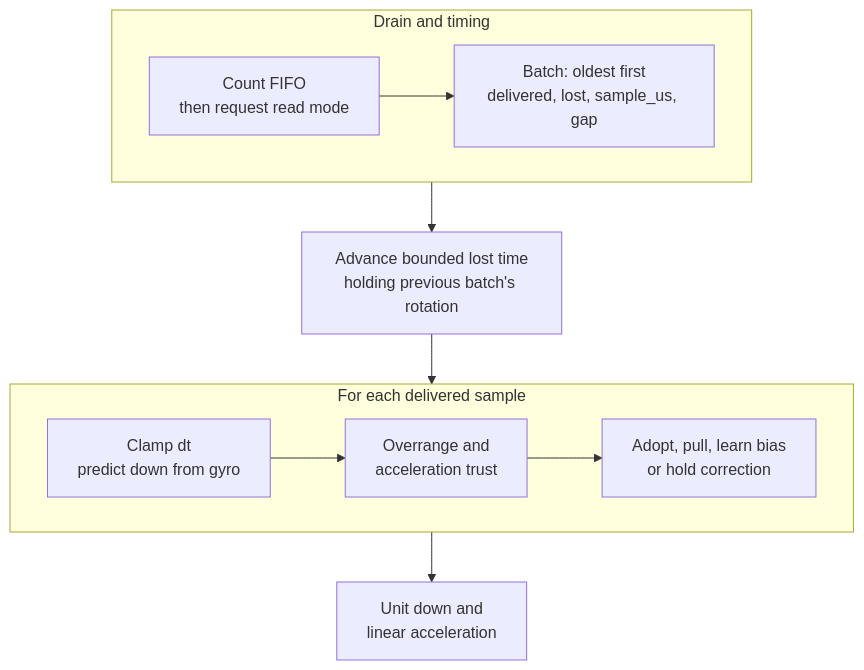
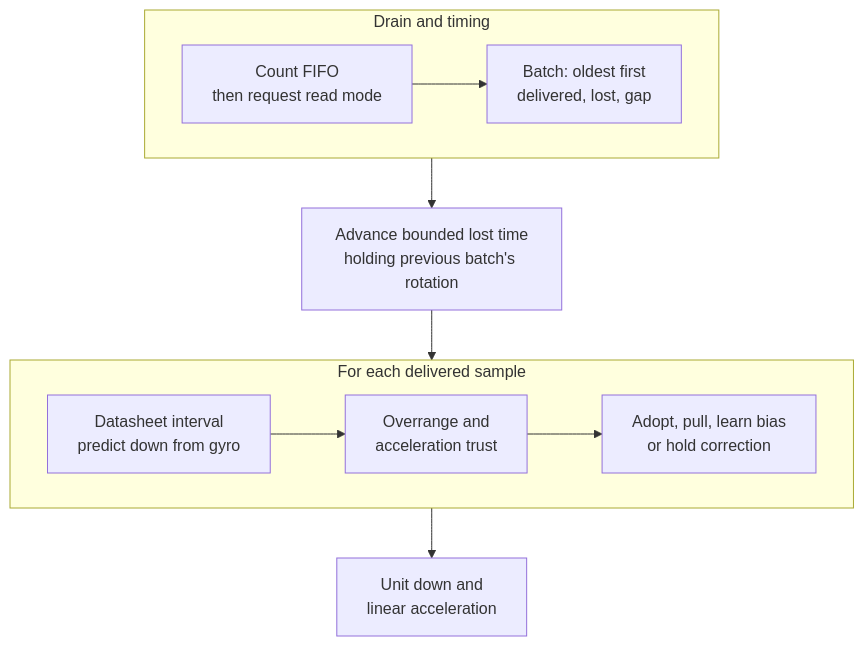
Before and after one commit to jose-villegas/autana: the diagram in docs/input/Gravity.md, drawn with Mermaid. The commit also changed other lines of this file and 14 other files, not shown here.

Commit message:
input: account for FIFO lock loss at datasheet rate

````diff
--- a/docs/input/Gravity.md
+++ b/docs/input/Gravity.md
@@ -27,17 +23,17 @@
 ```mermaid
 flowchart TB
     subgraph Input["Drain and timing"]
         direction LR
-        Drain["Count FIFO<br/>then request read mode"] --> Batch["Batch: oldest first<br/>delivered, lost, sample_us, gap"]
+        Drain["Count FIFO<br/>then request read mode"] --> Batch["Batch: oldest first<br/>delivered, lost, gap"]
     end
     subgraph Update["For each delivered sample"]
         direction LR
-        Predict["Clamp dt<br/>predict down from gyro"] --> Judge["Overrange and<br/>acceleration trust"]
+        Predict["Datasheet interval<br/>predict down from gyro"] --> Judge["Overrange and<br/>acceleration trust"]
         Judge --> Correct["Adopt, pull, learn bias<br/>or hold correction"]
     end
     Missing["Advance bounded lost time<br/>holding previous batch's rotation"]
     Linear["Unit down and<br/>linear acceleration"]
     Input --> Missing
     Missing --> Update
     Update --> Linear
 ```
````
